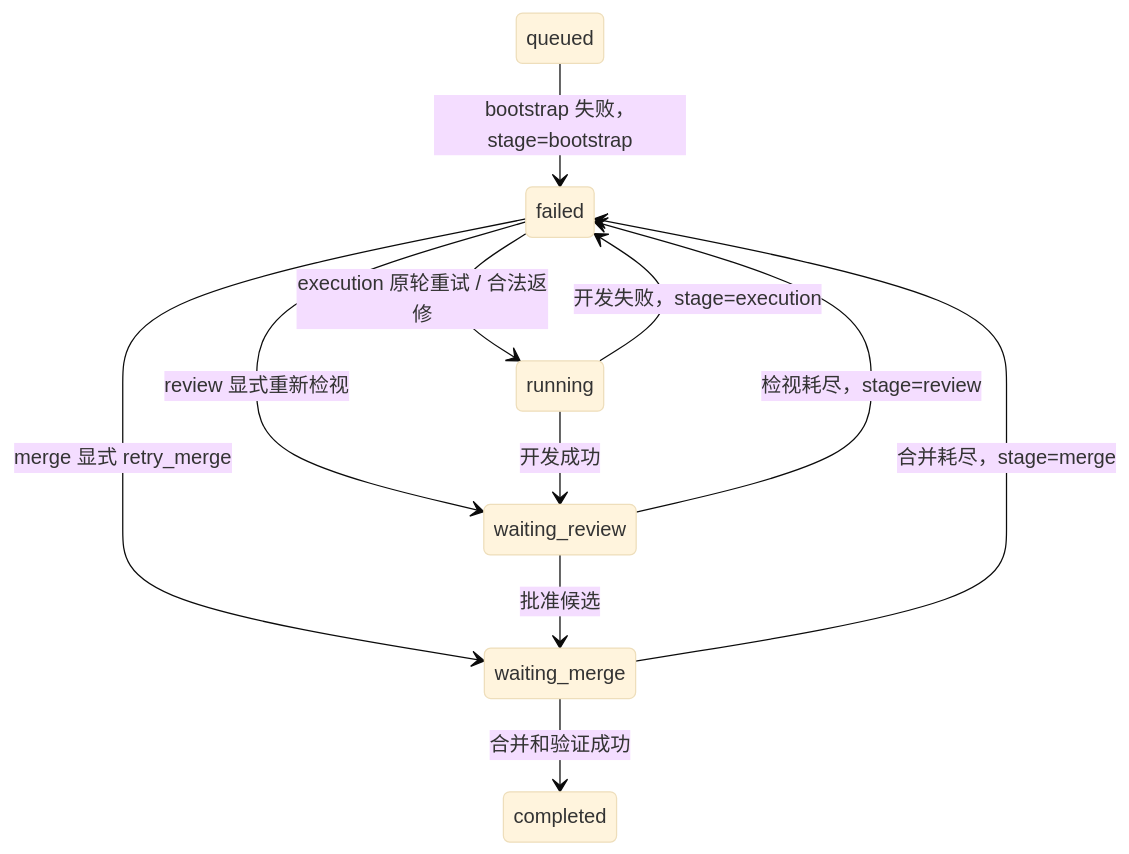
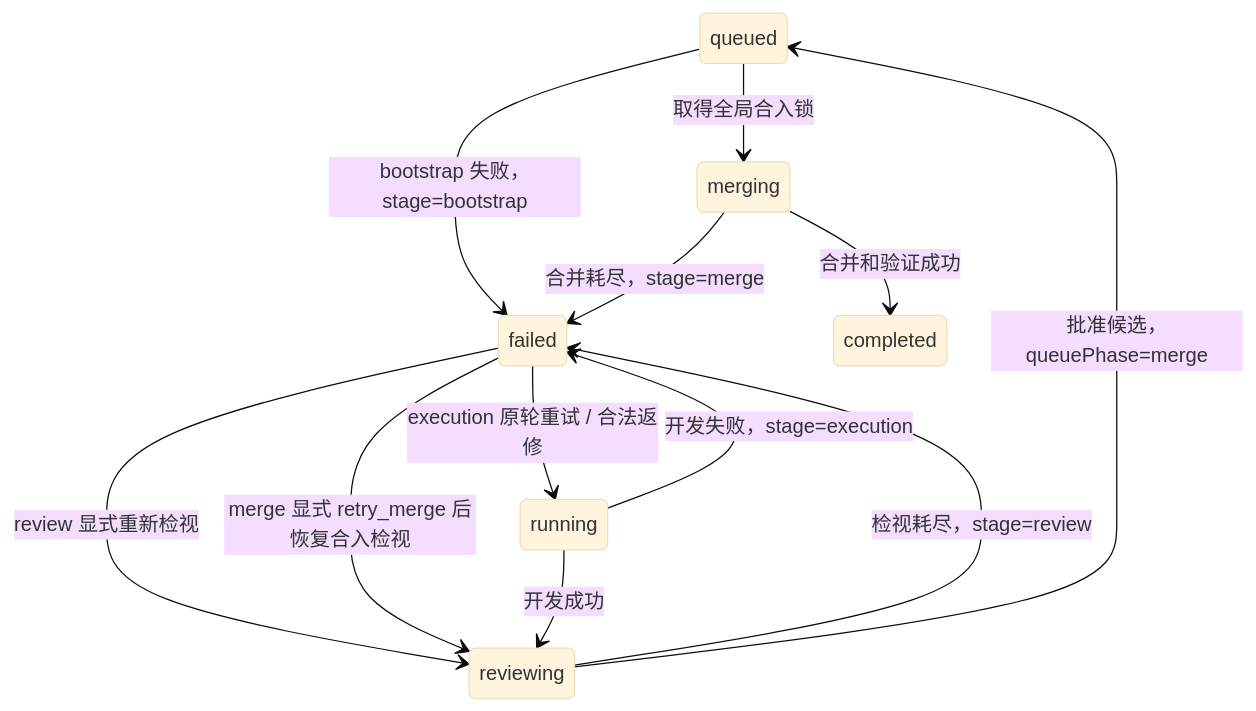
The diagram in docs/FAILED_STATE_UNIFICATION_DESIGN.md (liuchangready/agent-mesh-bridge), drawn with Mermaid (base theme) before and after one commit. The commit also changed other lines of this file and 50 other files, not shown here.

````diff
--- a/docs/FAILED_STATE_UNIFICATION_DESIGN.md
+++ b/docs/FAILED_STATE_UNIFICATION_DESIGN.md
@@ -73,13 +73,14 @@
 ```mermaid
 stateDiagram-v2
     queued --> failed: bootstrap 失败，stage=bootstrap
     running --> failed: 开发失败，stage=execution
-    waiting_review --> failed: 检视耗尽，stage=review
-    waiting_merge --> failed: 合并耗尽，stage=merge
+    reviewing --> failed: 检视耗尽，stage=review
+    merging --> failed: 合并耗尽，stage=merge
     failed --> running: execution 原轮重试 / 合法返修
-    failed --> waiting_review: review 显式重新检视
-    failed --> waiting_merge: merge 显式 retry_merge
-    running --> waiting_review: 开发成功
-    waiting_review --> waiting_merge: 批准候选
-    waiting_merge --> completed: 合并和验证成功
+    failed --> reviewing: review 显式重新检视
+    failed --> reviewing: merge 显式 retry_merge 后恢复合入检视
+    running --> reviewing: 开发成功
+    reviewing --> queued: 批准候选，queuePhase=merge
+    queued --> merging: 取得全局合入锁
+    merging --> completed: 合并和验证成功
 ```
````
